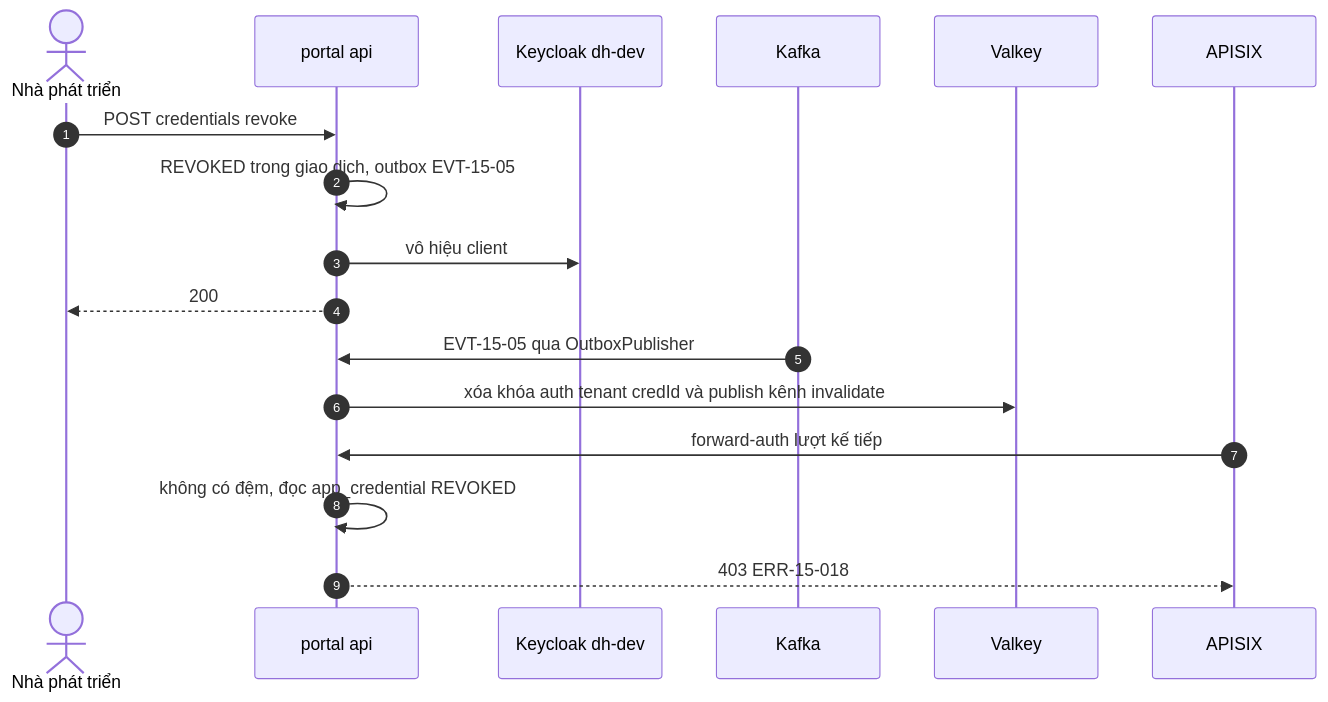
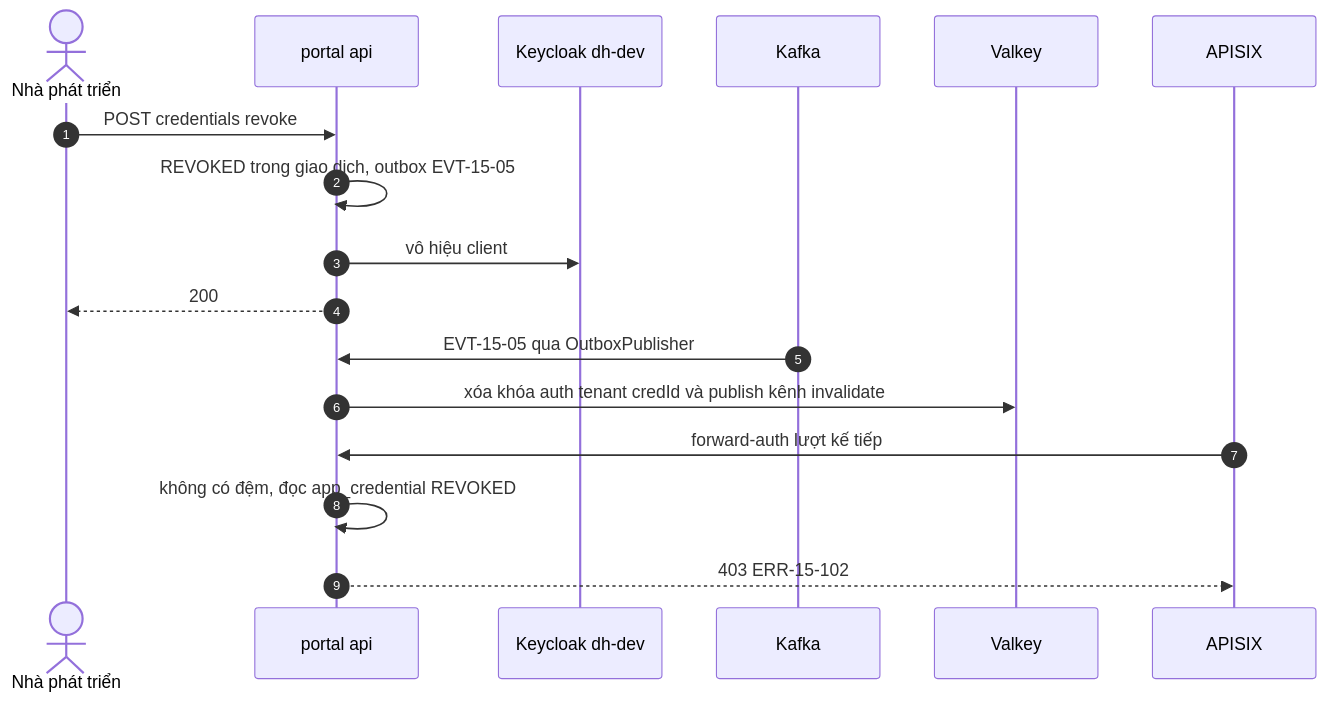
One commit to caprocute/DATAHUB changed the sixth of 10 diagrams in datahub-docs/03-thiet-ke/sdd/D03-02-PH15-sdd-cong-nha-phat-trien.md. Above: the diagram before and after it, drawn with Mermaid. The commit also changed other lines of this file and 11 other files, not shown here.

````diff
--- a/datahub-docs/03-thiet-ke/sdd/D03-02-PH15-sdd-cong-nha-phat-trien.md
+++ b/datahub-docs/03-thiet-ke/sdd/D03-02-PH15-sdd-cong-nha-phat-trien.md
@@ -821,19 +821,19 @@
 ```{.mermaid caption="Thu hồi thông tin xác thực và hiệu lực ở forward-auth"}
 sequenceDiagram
   autonumber
   actor D as Nhà phát triển
   participant A as portal api
   participant K as Keycloak dh-dev
   participant X as Kafka
   participant V as Valkey
   participant G as APISIX
   D->>A: POST credentials revoke
   A->>A: REVOKED trong giao dịch, outbox EVT-15-05
   A->>K: vô hiệu client
   A-->>D: 200
   X->>A: EVT-15-05 qua OutboxPublisher
   A->>V: xóa khóa auth tenant credId và publish kênh invalidate
   G->>A: forward-auth lượt kế tiếp
   A->>A: không có đệm, đọc app_credential REVOKED
-  A-->>G: 403 ERR-15-018
+  A-->>G: 403 ERR-15-102
 ```
````
